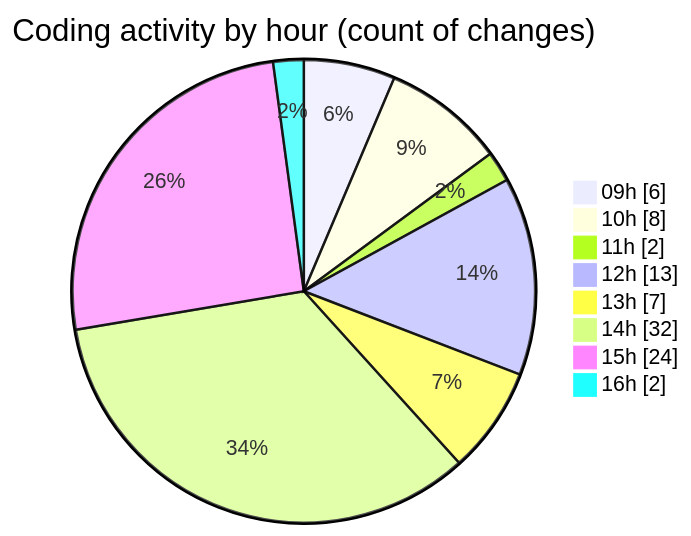
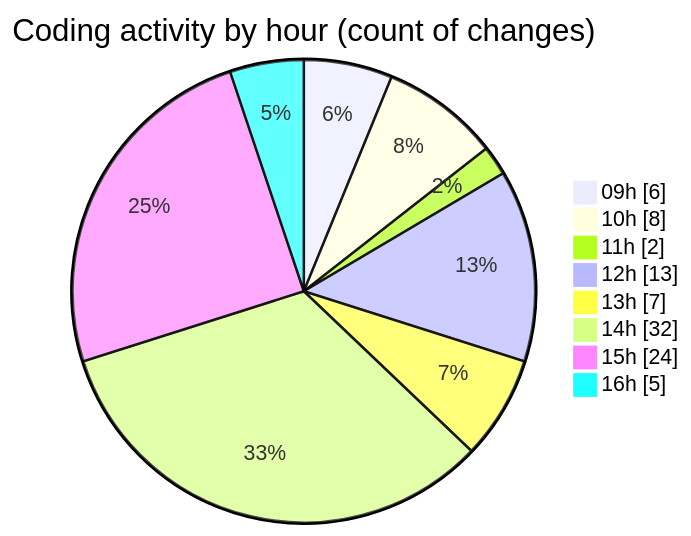
Before and after one commit to momahboobian/code-tracking: the second of 2 diagrams in 2026-08-13/cda/README.md, drawn with Mermaid. The commit also changed other lines of this file and 1 other file, not shown here.

````diff
--- a/2026-08-13/cda/README.md
+++ b/2026-08-13/cda/README.md
@@ -59,12 +59,12 @@
 ```mermaid
 pie showData
 title Coding activity by hour (count of changes)
 "09h" : 6
 "10h" : 8
 "11h" : 2
 "12h" : 13
 "13h" : 7
 "14h" : 32
 "15h" : 24
-"16h" : 2
+"16h" : 5
 ```
````
